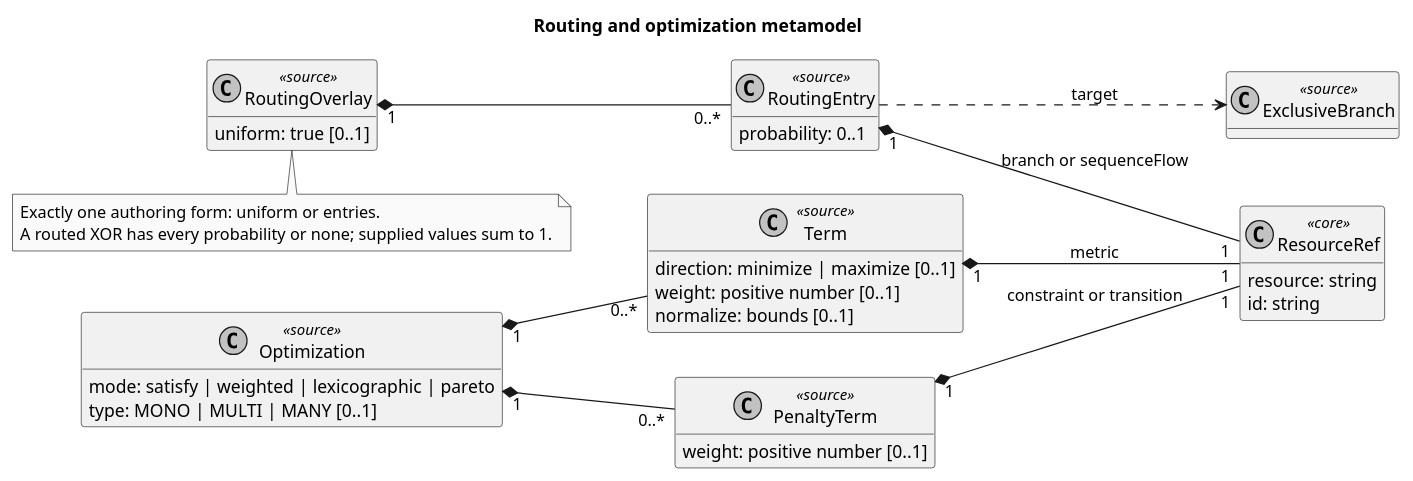
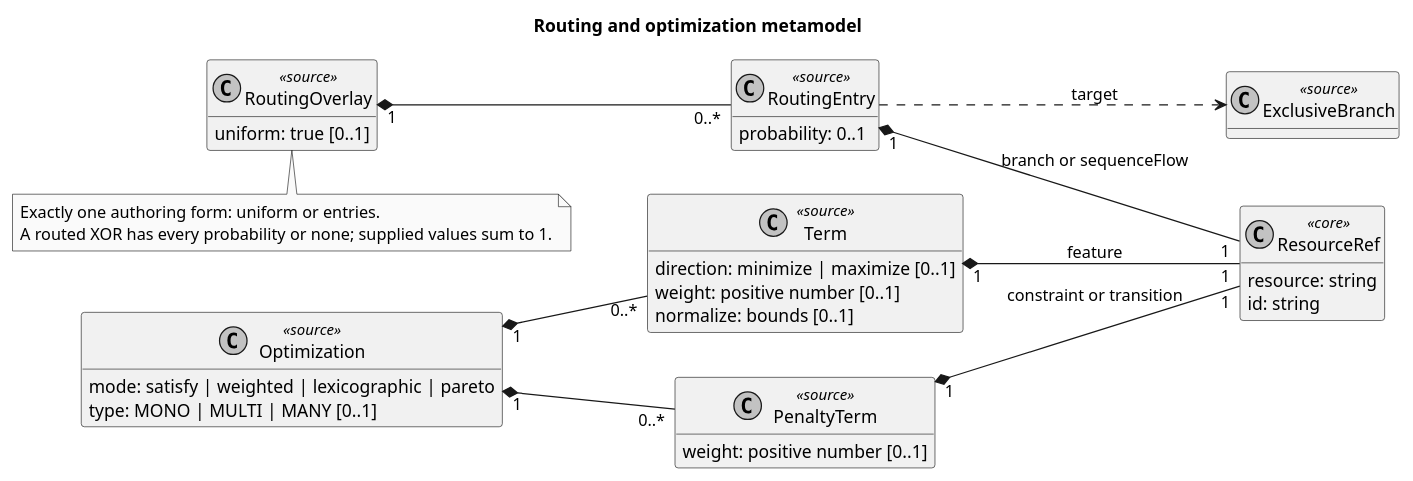
One commit to isa-group/OpenBinding changed the diagram in docs/models/plantuml/02-optimization-routing.puml. Above: the diagram before and after it, drawn with PlantUML. The commit also changed 398 other files, not shown here.

First line of the commit message:
refactor(bim): migrate metrics to features across schemas, compiler, engines, and corpus

```diff
--- a/docs/models/plantuml/02-optimization-routing.puml
+++ b/docs/models/plantuml/02-optimization-routing.puml
@@ -1,46 +1,46 @@
 @startuml
 title Routing and optimization metamodel
 left to right direction
 hide methods
 skinparam monochrome true
 skinparam shadowing false
 skinparam classAttributeIconSize 0
 
 class Optimization <<source>> {
   mode: satisfy | weighted | lexicographic | pareto
   type: MONO | MULTI | MANY [0..1]
 }
 class Term <<source>> {
   direction: minimize | maximize [0..1]
   weight: positive number [0..1]
   normalize: bounds [0..1]
 }
 class PenaltyTerm <<source>> {
   weight: positive number [0..1]
 }
 class RoutingOverlay <<source>> {
   uniform: true [0..1]
 }
 class RoutingEntry <<source>> {
   probability: 0..1
 }
 class ResourceRef <<core>> {
   resource: string
   id: string
 }
 class ExclusiveBranch <<source>>
 
 Optimization "1" *-- "0..*" Term
 Optimization "1" *-- "0..*" PenaltyTerm
-Term "1" *-- "1" ResourceRef : metric
+Term "1" *-- "1" ResourceRef : feature
 PenaltyTerm "1" *-- "1" ResourceRef : constraint or transition
 
 RoutingOverlay "1" *-- "0..*" RoutingEntry
 RoutingEntry "1" *-- "1" ResourceRef : branch or sequenceFlow
 RoutingEntry ..> ExclusiveBranch : target
 
 note bottom of RoutingOverlay
   Exactly one authoring form: uniform or entries.
   A routed XOR has every probability or none; supplied values sum to 1.
 end note
 @enduml
```
